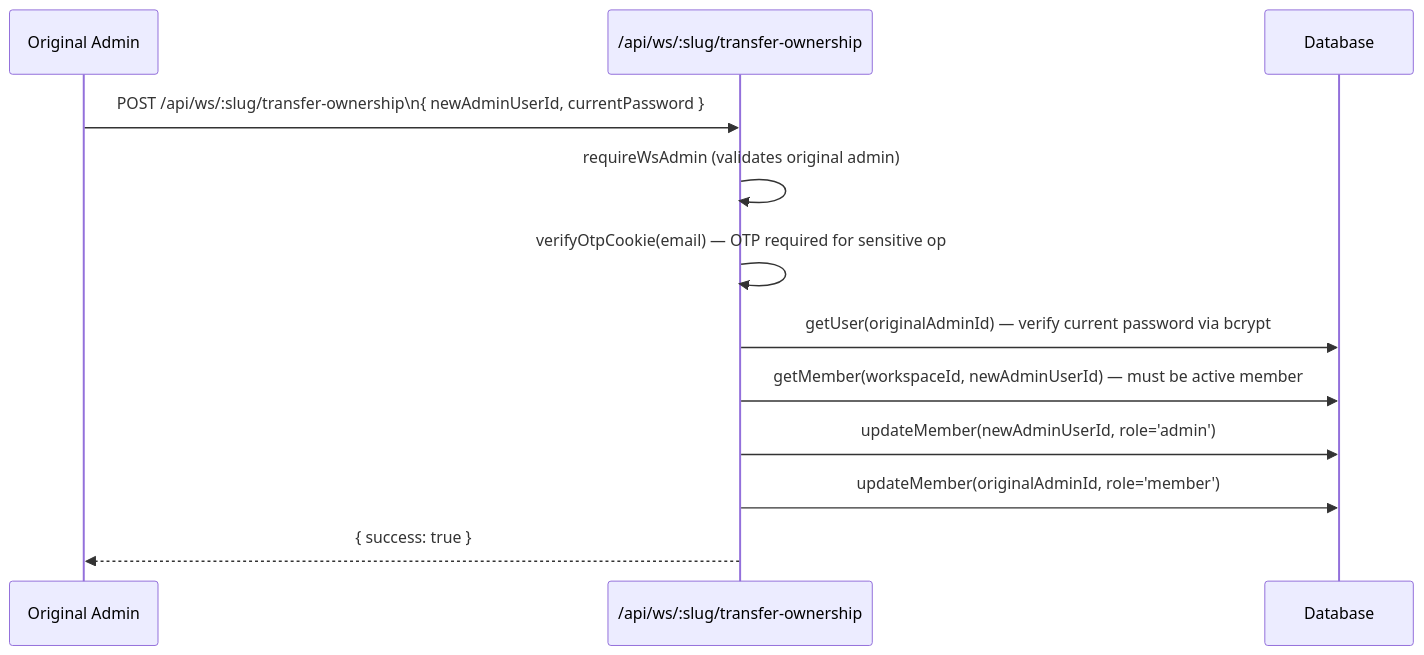
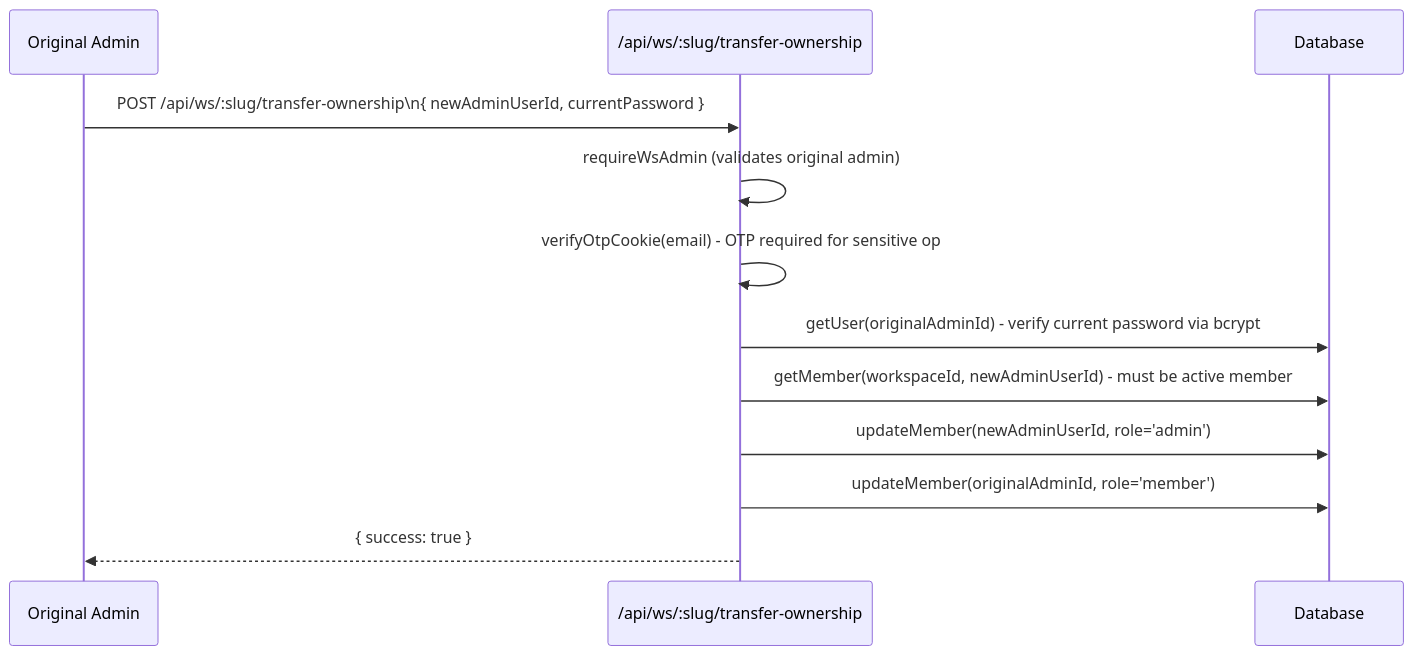
Before and after one commit to ksharma20/checkmark: the eighth of 8 diagrams in docs/architecture/workspace-flow.md, drawn with Mermaid. The commit also changed other lines of this file and 75 other files, not shown here.

````diff
--- a/docs/architecture/workspace-flow.md
+++ b/docs/architecture/workspace-flow.md
@@ -211,16 +211,16 @@
 ```mermaid
 sequenceDiagram
   participant OA as Original Admin
   participant API as /api/ws/:slug/transfer-ownership
   participant DB as Database
 
   OA->>API: POST /api/ws/:slug/transfer-ownership\n{ newAdminUserId, currentPassword }
 
   API->>API: requireWsAdmin (validates original admin)
-  API->>API: verifyOtpCookie(email) — OTP required for sensitive op
-  API->>DB: getUser(originalAdminId) — verify current password via bcrypt
-  API->>DB: getMember(workspaceId, newAdminUserId) — must be active member
+  API->>API: verifyOtpCookie(email) - OTP required for sensitive op
+  API->>DB: getUser(originalAdminId) - verify current password via bcrypt
+  API->>DB: getMember(workspaceId, newAdminUserId) - must be active member
   API->>DB: updateMember(newAdminUserId, role='admin')
   API->>DB: updateMember(originalAdminId, role='member')
   API-->>OA: { success: true }
 ```
````
